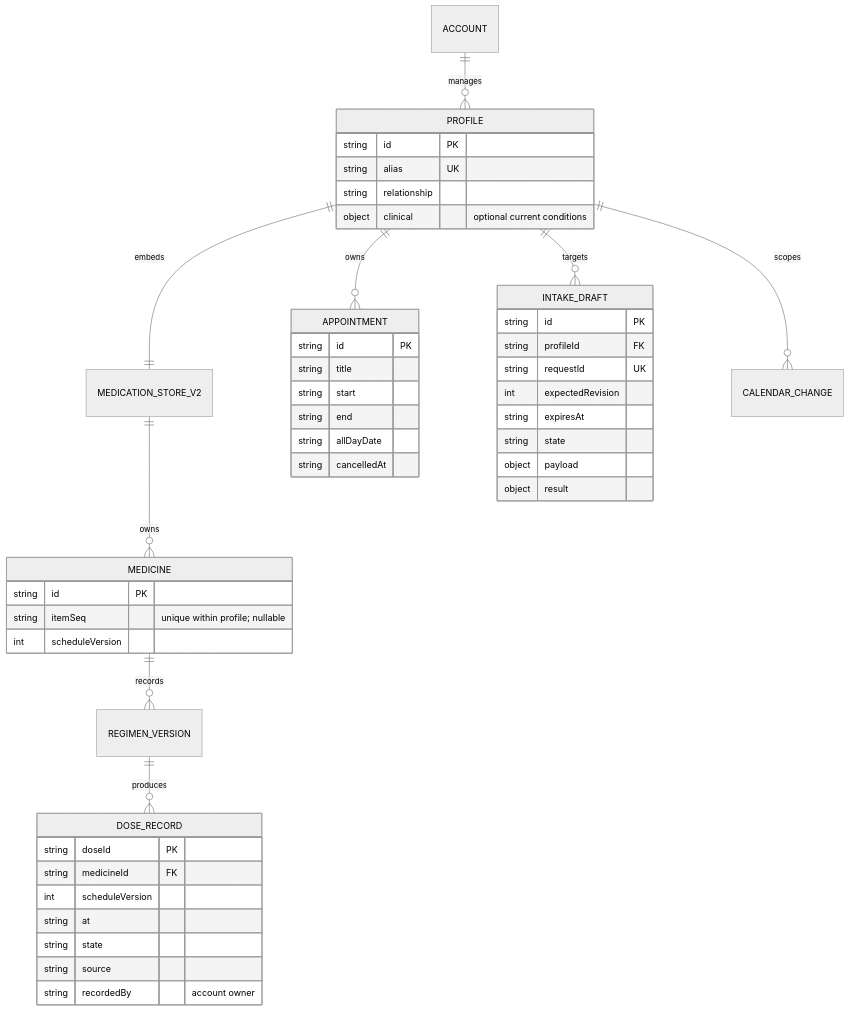
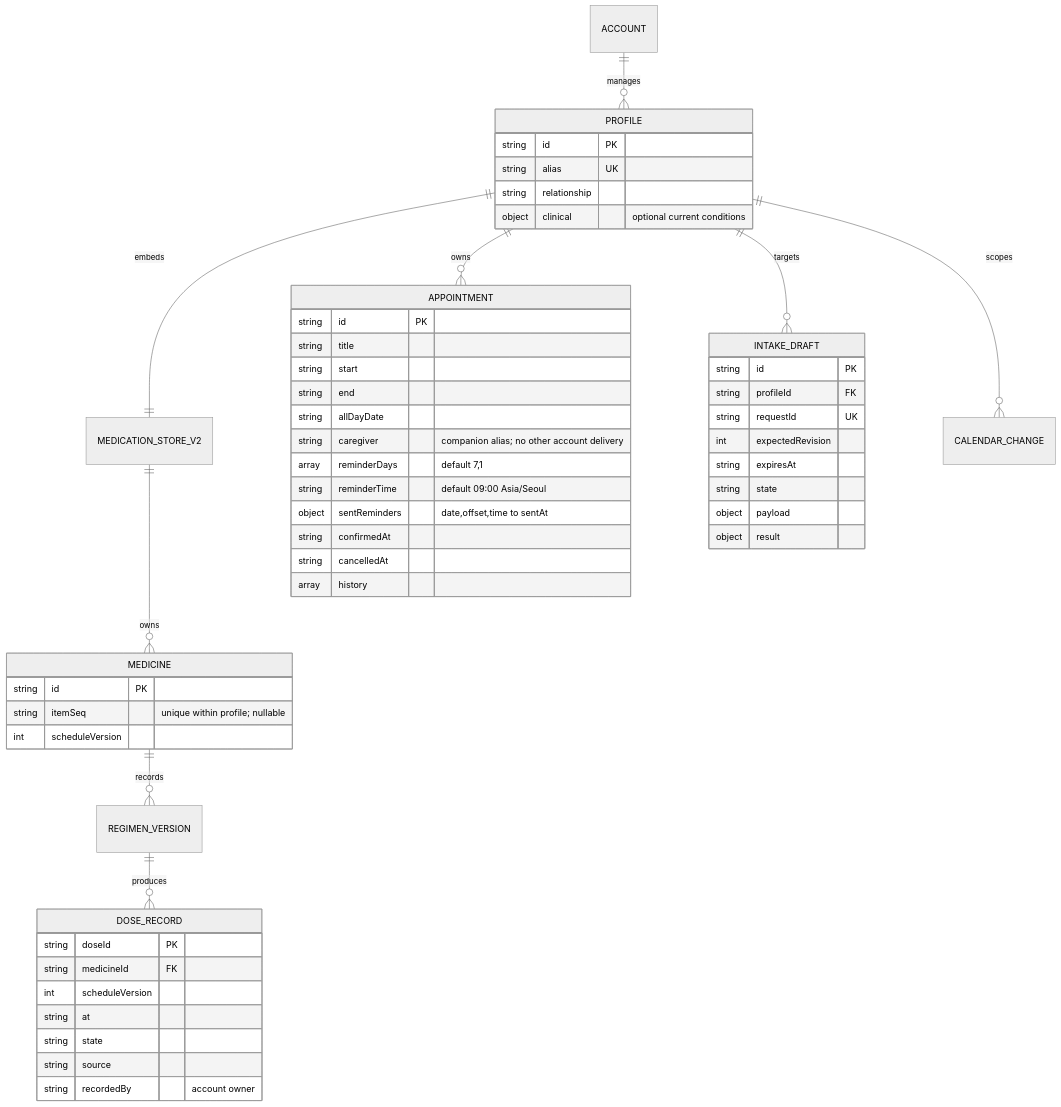
Before and after one commit to kodonghui/nunmul-grokgrok: the diagram in docs/05-erd/family-v3.md, drawn with Mermaid (neutral theme). The commit also changed other lines of this file and 1 other file, not shown here.

Commit message:
docs: 병원 방문 동행·사전 알림 계약 추가

````diff
--- a/docs/05-erd/family-v3.md
+++ b/docs/05-erd/family-v3.md
@@ -5,49 +5,55 @@
 ```mermaid
 erDiagram
     ACCOUNT ||--o{ PROFILE : manages
     PROFILE ||--|| MEDICATION_STORE_V2 : embeds
     MEDICATION_STORE_V2 ||--o{ MEDICINE : owns
     MEDICINE ||--o{ REGIMEN_VERSION : records
     REGIMEN_VERSION ||--o{ DOSE_RECORD : produces
     PROFILE ||--o{ APPOINTMENT : owns
     PROFILE ||--o{ INTAKE_DRAFT : targets
     PROFILE ||--o{ CALENDAR_CHANGE : scopes
     PROFILE {
         string id PK
         string alias UK
         string relationship
         object clinical "optional current conditions"
     }
     MEDICINE {
         string id PK
         string itemSeq "unique within profile; nullable"
         int scheduleVersion
     }
     DOSE_RECORD {
         string doseId PK
         string medicineId FK
         int scheduleVersion
         string at
         string state
         string source
         string recordedBy "account owner"
     }
     APPOINTMENT {
         string id PK
         string title
         string start
         string end
         string allDayDate
+        string caregiver "companion alias; no other account delivery"
+        array reminderDays "default 7,1"
+        string reminderTime "default 09:00 Asia/Seoul"
+        object sentReminders "date,offset,time to sentAt"
+        string confirmedAt
         string cancelledAt
+        array history
     }
     INTAKE_DRAFT {
         string id PK
         string profileId FK
         string requestId UK
         int expectedRevision
         string expiresAt
         string state
         object payload
         object result
     }
 ```
````
